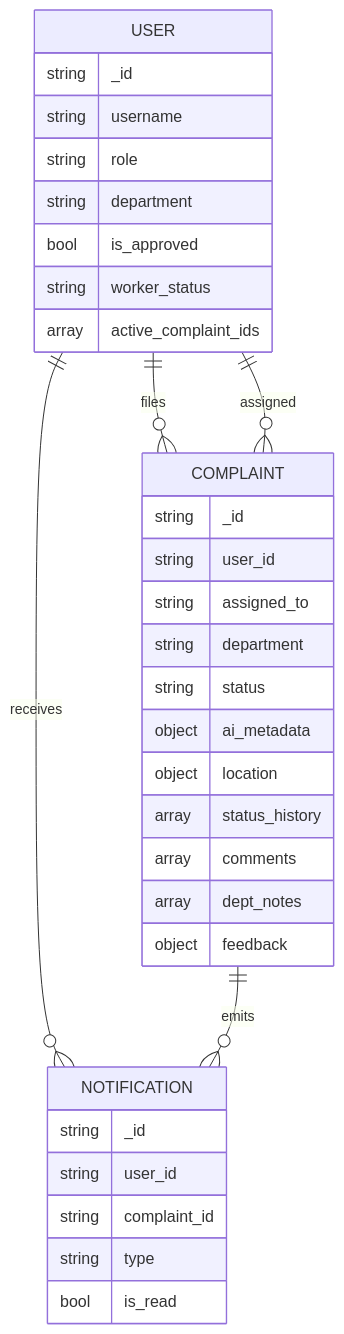
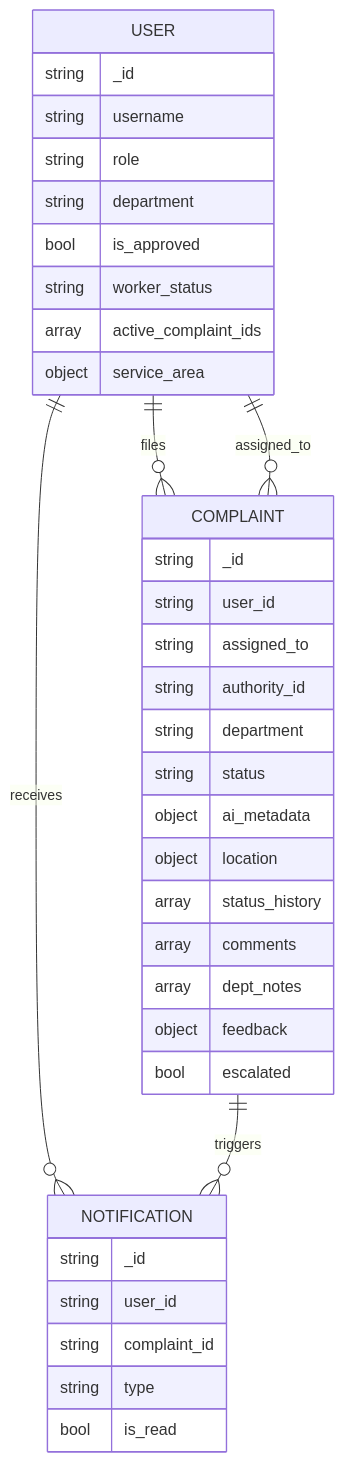
Before and after one commit to ark5234/Jan-Sunwai-AI: the seventh of 15 diagrams in docs/reports/PROJECT_REPORT.md, drawn with Mermaid. The commit also changed other lines of this file, not shown here.

Commit message:
docs: restructure PROJECT_REPORT.md for clarity and detail; enhance sections on problem statement, objectives, and system architecture

````diff
--- a/docs/reports/PROJECT_REPORT.md
+++ b/docs/reports/PROJECT_REPORT.md
@@ -165,39 +229,42 @@
 ```mermaid
 erDiagram
     USER ||--o{ COMPLAINT : files
-    USER ||--o{ COMPLAINT : assigned
+    USER ||--o{ COMPLAINT : assigned_to
     USER ||--o{ NOTIFICATION : receives
-    COMPLAINT ||--o{ NOTIFICATION : emits
+    COMPLAINT ||--o{ NOTIFICATION : triggers
 
     USER {
         string _id
         string username
         string role
         string department
         bool is_approved
         string worker_status
         array active_complaint_ids
+        object service_area
     }
 
     COMPLAINT {
         string _id
         string user_id
         string assigned_to
+        string authority_id
         string department
         string status
         object ai_metadata
         object location
         array status_history
         array comments
         array dept_notes
         object feedback
+        bool escalated
     }
 
     NOTIFICATION {
         string _id
         string user_id
         string complaint_id
         string type
         bool is_read
     }
 ```
````
